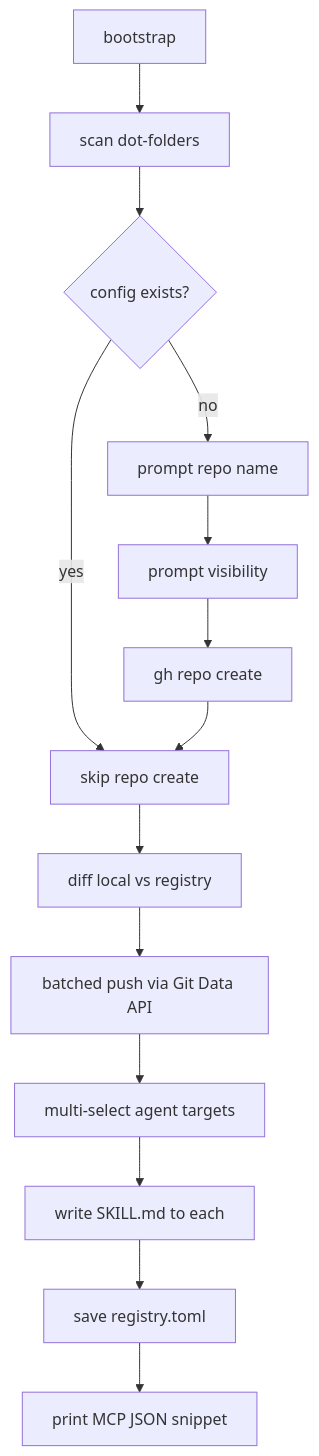
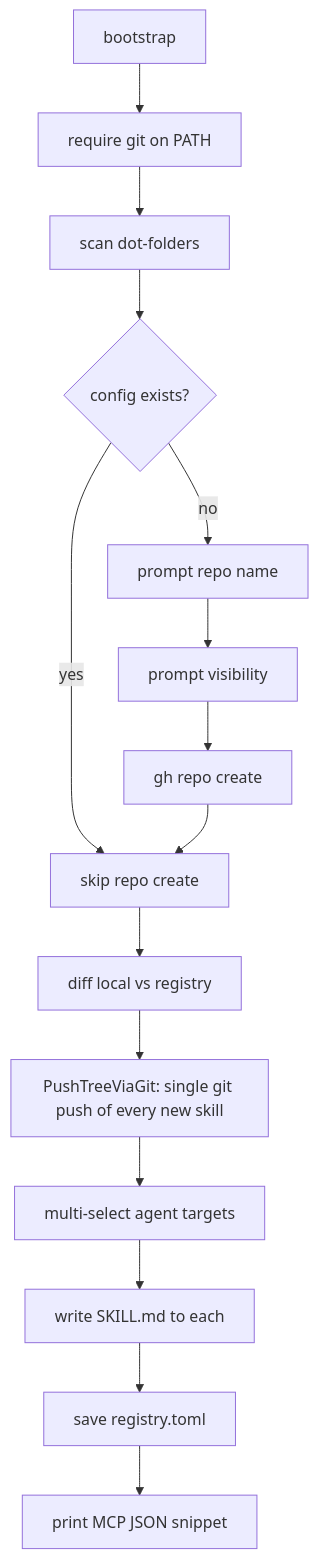
Before and after one commit to nikships/skills-registry: the second of 2 diagrams in docs/registry.md, drawn with Mermaid. The commit also changed other lines of this file and 4 other files, not shown here.

First line of the commit message:
fix(bootstrap): push initial import via git to avoid GitHub secondary rate limit

````diff
--- a/docs/registry.md
+++ b/docs/registry.md
@@ -42,16 +42,17 @@
 ```mermaid
 flowchart TD
-  A[bootstrap] --> B[scan dot-folders]
+  A[bootstrap] --> A1[require git on PATH]
+  A1 --> B[scan dot-folders]
   B --> C{config exists?}
   C -- yes --> J[skip repo create]
   C -- no --> D[prompt repo name]
   D --> E[prompt visibility]
   E --> F[gh repo create]
   F --> J
   J --> K[diff local vs registry]
-  K --> L[batched push via Git Data API]
+  K --> L[PushTreeViaGit: single git push of every new skill]
   L --> M[multi-select agent targets]
   M --> N[write SKILL.md to each]
   N --> O[save registry.toml]
   O --> P[print MCP JSON snippet]
 ```
````
